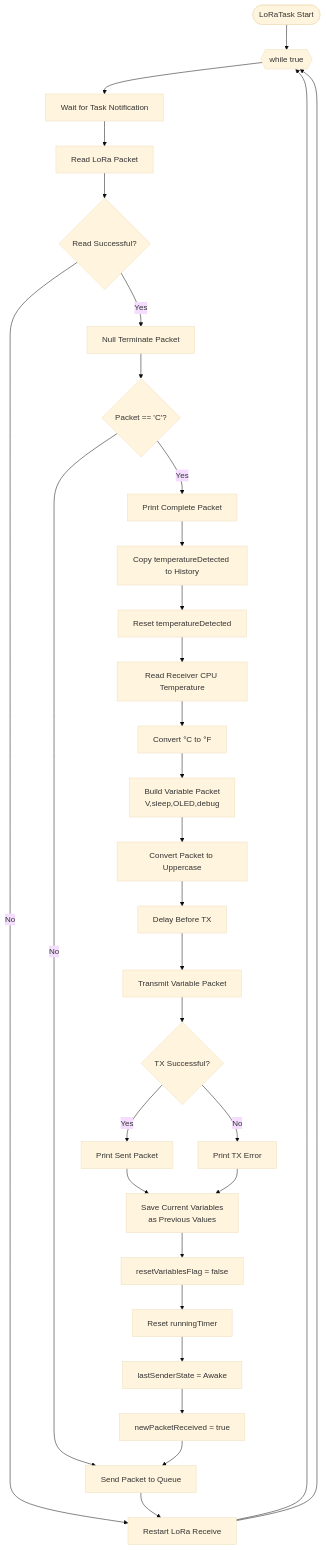
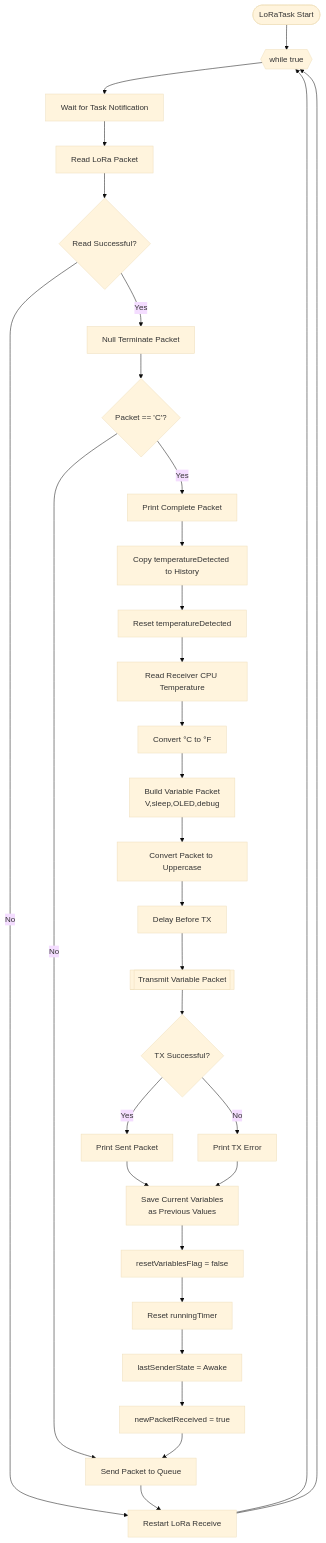
One commit to GilboaCode/Gilboa_Water_Temp changed the diagram in Documentation/FlowChart/Mermaid/Receiver/LoRaTask.mmd. Above: the diagram before and after it, drawn with Mermaid (base theme).

Commit message:
Update transmit packet node to use double brackets

```diff
--- a/Documentation/FlowChart/Mermaid/Receiver/LoRaTask.mmd
+++ b/Documentation/FlowChart/Mermaid/Receiver/LoRaTask.mmd
@@ -1,52 +1,52 @@
 flowchart TD
     A([LoRaTask Start])
 
     A --> B{{while true}}
     B --> C[Wait for Task Notification]
     C --> D[Read LoRa Packet]
 
     D --> E{Read Successful?}
 
     E -- No --> Z[Restart LoRa Receive]
     Z --> B
 
     E -- Yes --> F[Null Terminate Packet]
 
     F --> G{Packet == 'C'?}
 
     G -- No --> T[Queue Packet]
     G -- Yes --> H[Print Complete Packet]
 
     H --> I[Copy temperatureDetected to History]
     I --> J[Reset temperatureDetected]
 
     J --> K[Read Receiver CPU Temperature]
     K --> L[Convert °C to °F]
 
     L --> M[Build Variable Packet<br/>V,sleep,OLED,debug]
     M --> N[Convert Packet to Uppercase]
     N --> O[Delay Before TX]
 
-    O --> P[Transmit Variable Packet]
+    O --> P[[Transmit Variable Packet]]
 
     P --> Q{TX Successful?}
 
     Q -- Yes --> R[Print Sent Packet]
     Q -- No --> S[Print TX Error]
 
     R --> U
     S --> U
 
     U[Save Current Variables<br/>as Previous Values]
       --> V[resetVariablesFlag = false]
 
     V --> W[Reset runningTimer]
     W --> X[lastSenderState = Awake]
     X --> Y[newPacketReceived = true]
 
     Y --> T
 
     T[Send Packet to Queue]
       --> Z
 
     Z --> B
```
